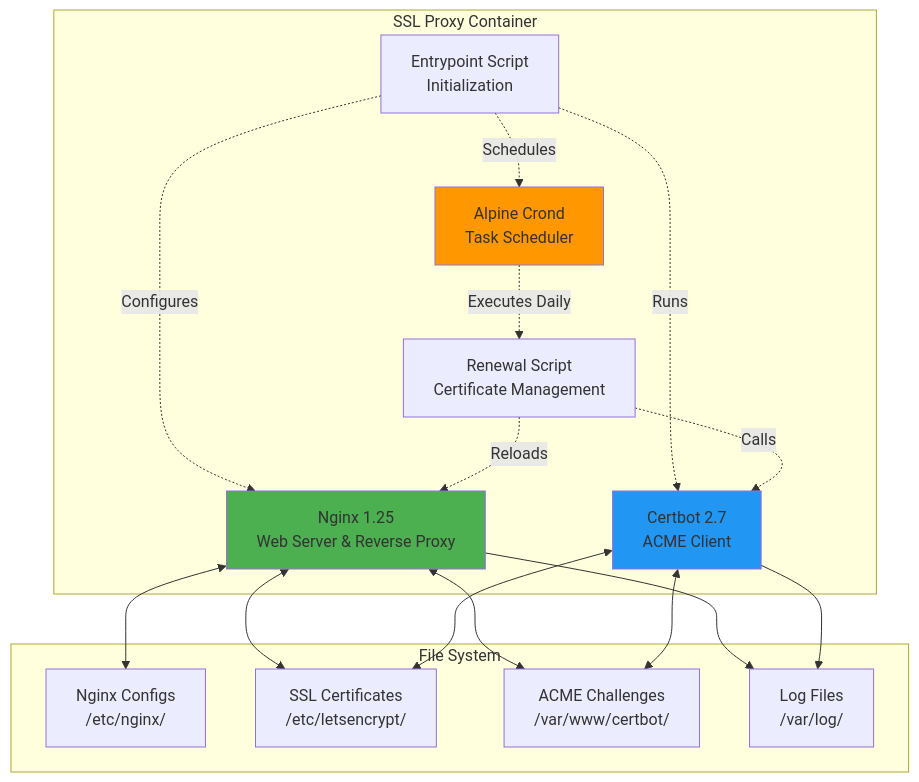
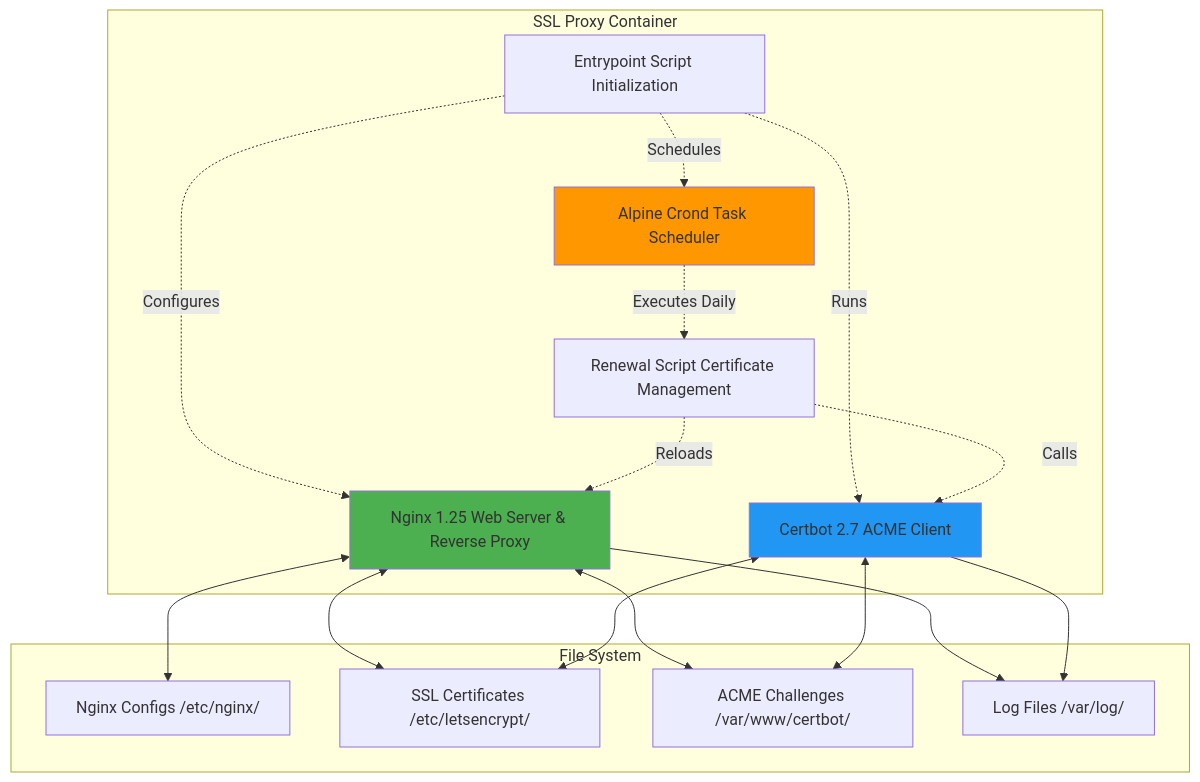
The diagram in wiki/Components.md (softwarewrighter/ssl-proxy-for-do), drawn with Mermaid before and after one commit. The commit also changed 7 other files, not shown here.

First line of the commit message:
Fix wiki Mermaid diagrams: remove remaining <br/> tags

````diff
--- a/wiki/Components.md
+++ b/wiki/Components.md
@@ -19,36 +19,36 @@
 ```mermaid
 graph TB
     subgraph "SSL Proxy Container"
-        Nginx[Nginx 1.25<br/>Web Server & Reverse Proxy]
-        Certbot[Certbot 2.7<br/>ACME Client]
-        Cron[Alpine Crond<br/>Task Scheduler]
-        Entrypoint[Entrypoint Script<br/>Initialization]
-        Renew[Renewal Script<br/>Certificate Management]
+        Nginx[Nginx 1.25 Web Server & Reverse Proxy]
+        Certbot[Certbot 2.7 ACME Client]
+        Cron[Alpine Crond Task Scheduler]
+        Entrypoint[Entrypoint Script Initialization]
+        Renew[Renewal Script Certificate Management]
 
         Entrypoint -.Configures.-> Nginx
         Entrypoint -.Runs.-> Certbot
         Entrypoint -.Schedules.-> Cron
         Cron -.Executes Daily.-> Renew
         Renew -.Calls.-> Certbot
         Renew -.Reloads.-> Nginx
     end
 
     subgraph "File System"
-        Configs[Nginx Configs<br/>/etc/nginx/]
-        Certs[SSL Certificates<br/>/etc/letsencrypt/]
-        ACME[ACME Challenges<br/>/var/www/certbot/]
-        Logs[Log Files<br/>/var/log/]
+        Configs[Nginx Configs /etc/nginx/]
+        Certs[SSL Certificates /etc/letsencrypt/]
+        ACME[ACME Challenges /var/www/certbot/]
+        Logs[Log Files /var/log/]
     end
 
     Nginx <--> Configs
     Nginx <--> Certs
     Nginx <--> ACME
     Nginx --> Logs
     Certbot <--> Certs
     Certbot <--> ACME
     Certbot --> Logs
 
     style Nginx fill:#4CAF50
     style Certbot fill:#2196F3
     style Cron fill:#FF9800
 ```
````
